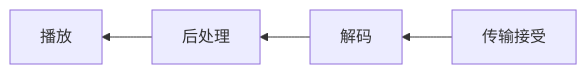
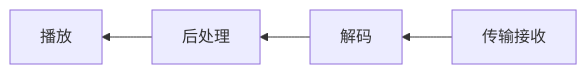
The second of 2 diagrams in _posts/2022-08-07-音频基础知识.md (wt159/wt159.github.io), drawn with Mermaid before and after one commit. The commit also changed 2 other files, not shown here.

Commit message:
add android aaudio

````diff
--- a/_posts/2022-08-07-音频基础知识.md
+++ b/_posts/2022-08-07-音频基础知识.md
@@ -124,8 +124,8 @@
 ```mermaid
 graph RL;
-    A[传输接受];
+    A[传输接收];
     B[解码];
     C[后处理];
     D[播放];
     A-->B-->C-->D;
 ```
````
